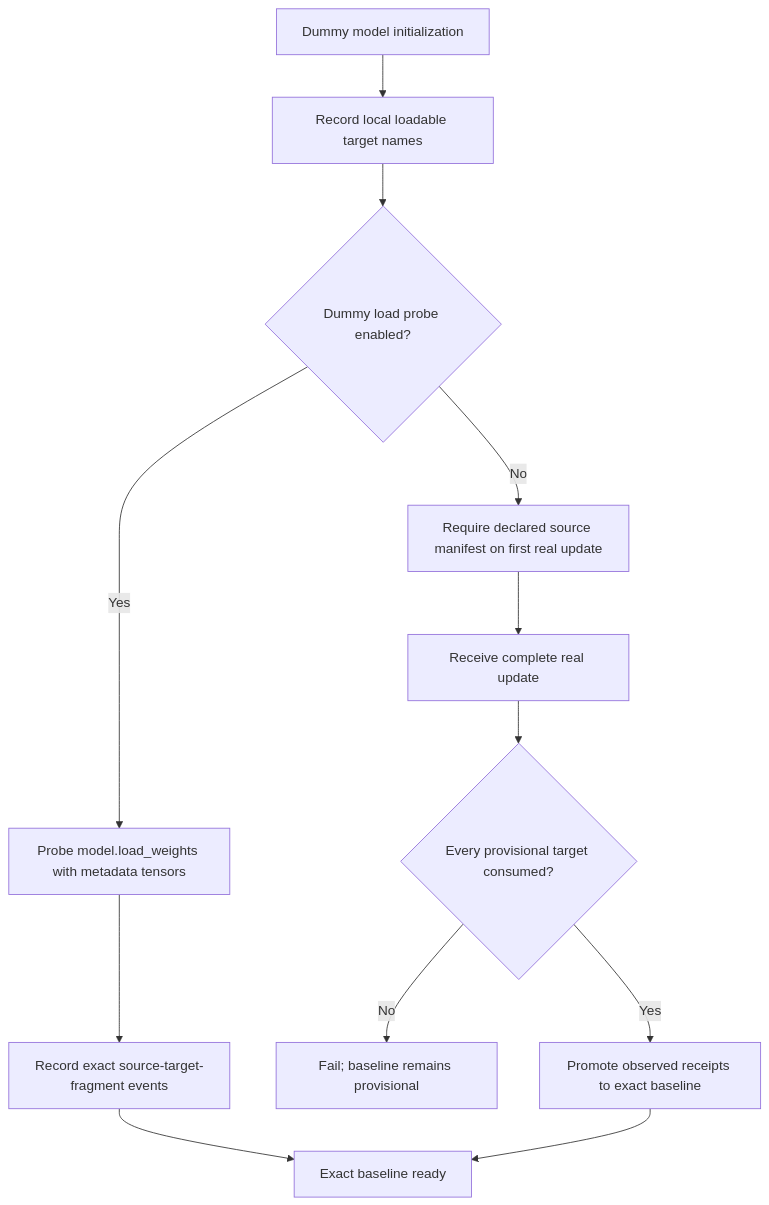
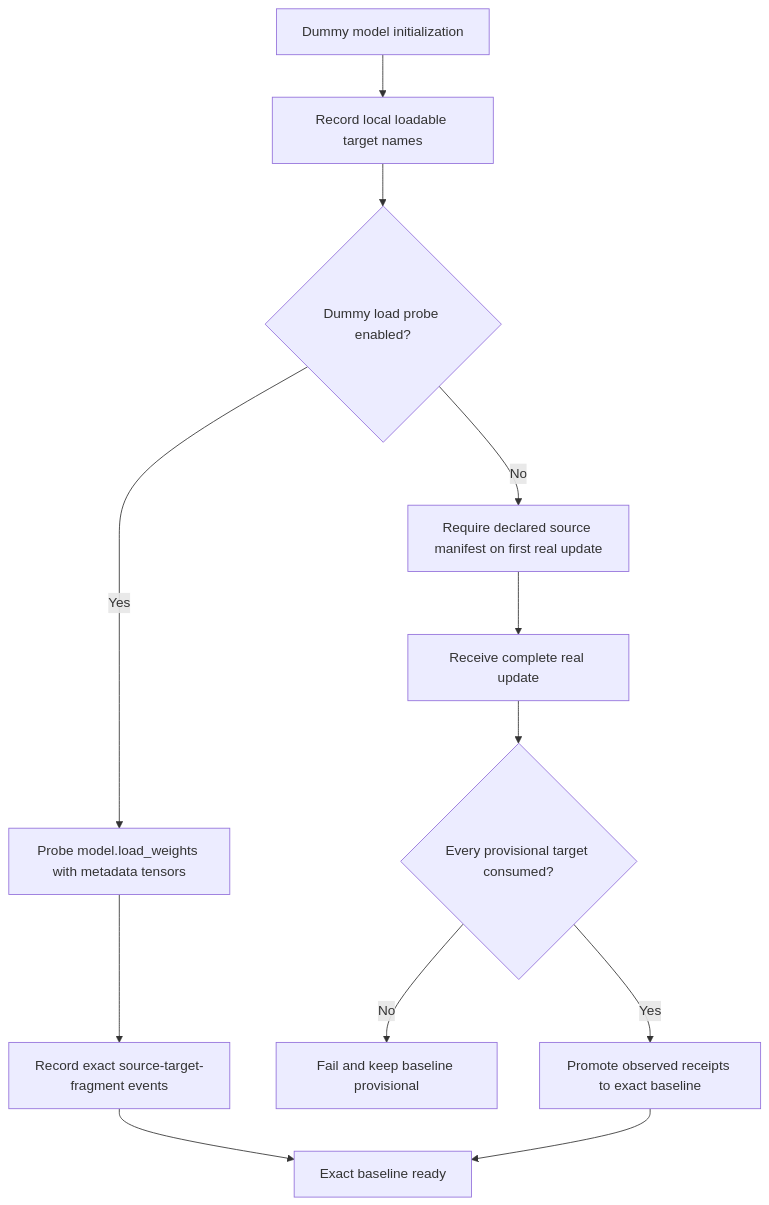
Before and after one commit to vllm-project/vllm: the second of 8 diagrams in docs/design/UPDATE_SCOPE.md, drawn with Mermaid. The commit also changed other lines of this file, not shown here.

Commit message:
[Docs] Fix update scope Mermaid rendering

````diff
--- a/docs/design/UPDATE_SCOPE.md
+++ b/docs/design/UPDATE_SCOPE.md
@@ -129,14 +129,14 @@
 ```mermaid
 flowchart TD
     A[Dummy model initialization] --> B[Record local loadable target names]
     B --> C{Dummy load probe enabled?}
     C -- Yes --> D[Probe model.load_weights with metadata tensors]
     D --> E[Record exact source-target-fragment events]
     E --> F[Exact baseline ready]
     C -- No --> G[Require declared source manifest on first real update]
     G --> H[Receive complete real update]
     H --> I{Every provisional target consumed?}
-    I -- No --> X[Fail; baseline remains provisional]
+    I -- No --> X[Fail and keep baseline provisional]
     I -- Yes --> J[Promote observed receipts to exact baseline]
     J --> F
 ```
````
